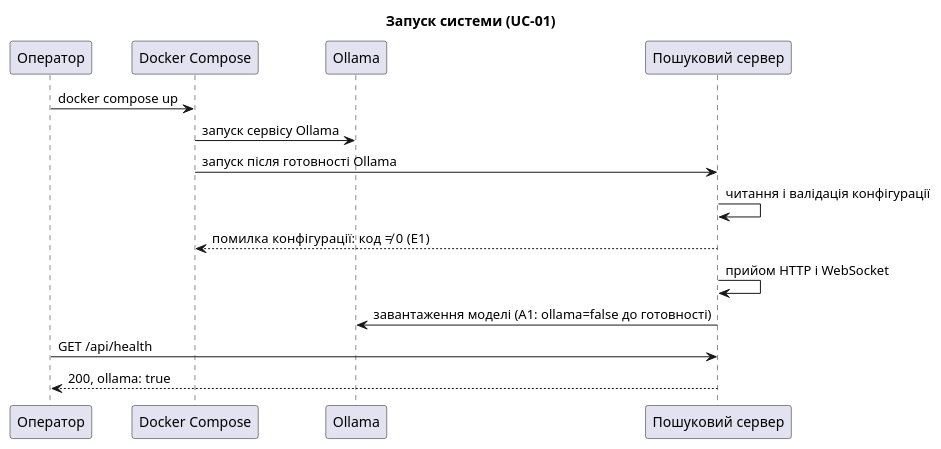
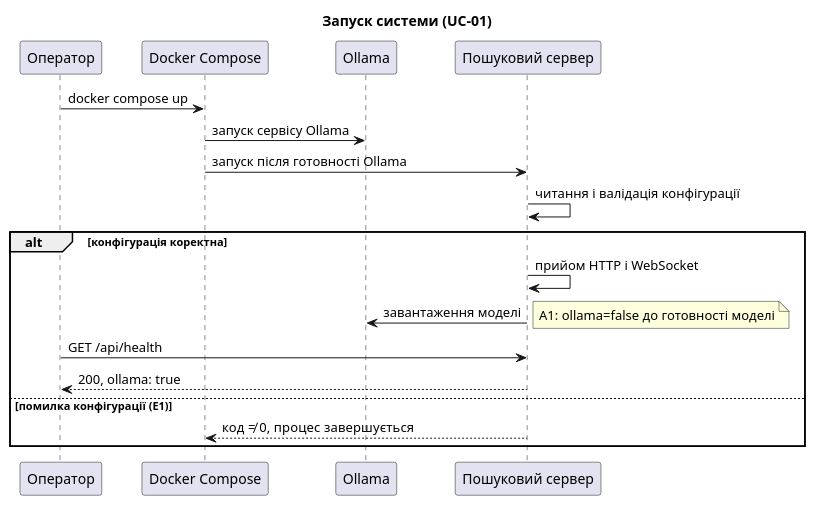
Before and after one commit to whatislavx/course_work_parallel_computing: the diagram in docs/architecture/uml/sequence-uc01.puml, drawn with PlantUML. The commit also changed 14 other files, not shown here.

First line of the commit message:
docs(architecture): fix sequence, class and use-case UML

```diff
--- a/docs/architecture/uml/sequence-uc01.puml
+++ b/docs/architecture/uml/sequence-uc01.puml
@@ -1,16 +1,20 @@
 @startuml sequence-uc01
 title Запуск системи (UC-01)
 participant "Оператор" as OPS
 participant "Docker Compose" as Compose
 participant "Ollama" as Ollama
 participant "Пошуковий сервер" as Srv
 OPS -> Compose : docker compose up
 Compose -> Ollama : запуск сервісу Ollama
 Compose -> Srv : запуск після готовності Ollama
 Srv -> Srv : читання і валідація конфігурації
-Srv --> Compose : помилка конфігурації: код ≠ 0 (E1)
-Srv -> Srv : прийом HTTP і WebSocket
-Srv -> Ollama : завантаження моделі (A1: ollama=false до готовності)
-OPS -> Srv : GET /api/health
-Srv --> OPS : 200, ollama: true
+alt конфігурація коректна
+  Srv -> Srv : прийом HTTP і WebSocket
+  Srv -> Ollama : завантаження моделі
+  note right: A1: ollama=false до готовності моделі
+  OPS -> Srv : GET /api/health
+  Srv --> OPS : 200, ollama: true
+else помилка конфігурації (E1)
+  Srv --> Compose : код ≠ 0, процес завершується
+end
 @enduml
```
